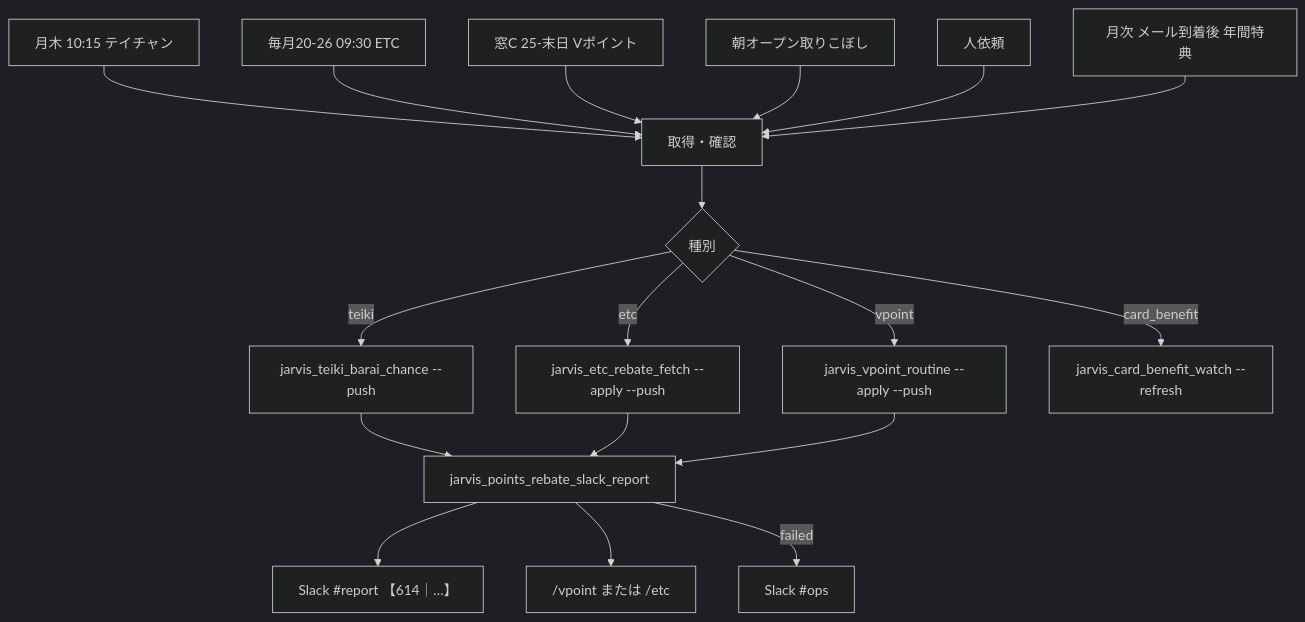
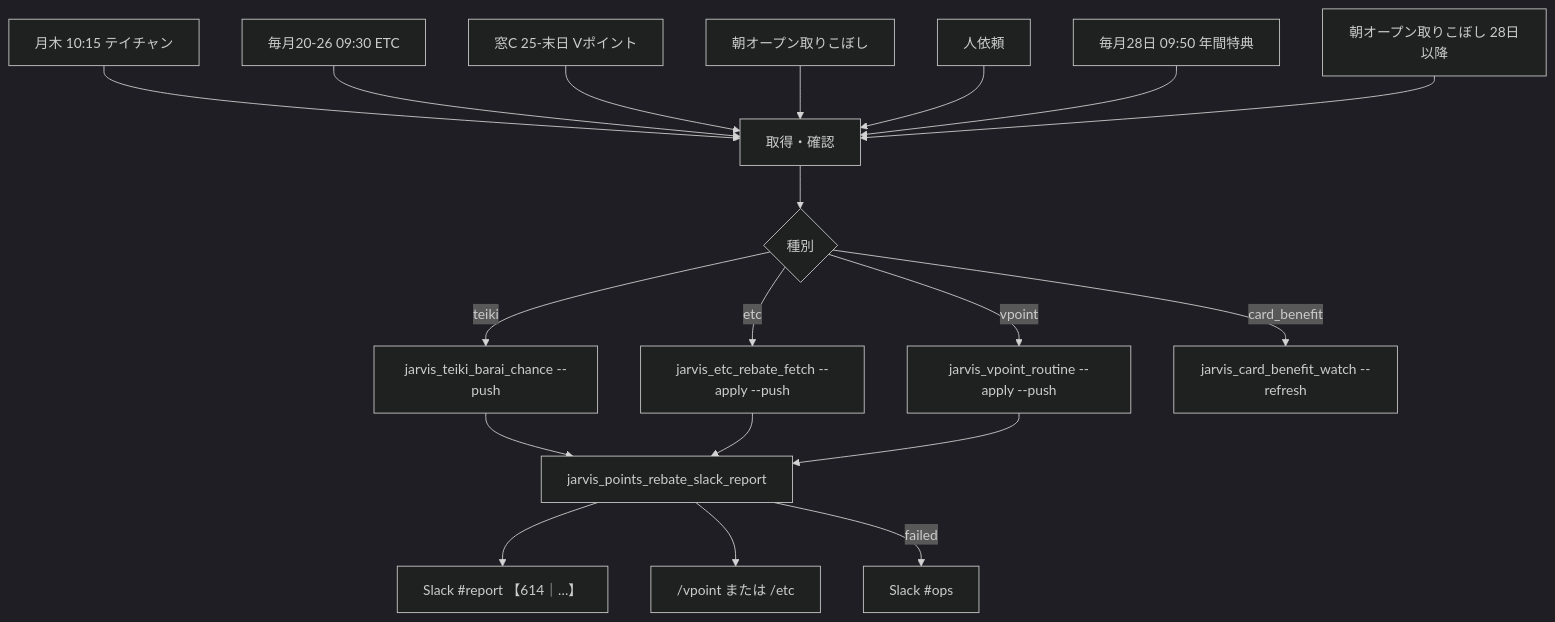
One commit to m19mhrts83-cyber/project-GE changed the diagram in docs/AIエージェントチーム/600_リソース・家計室/614_ポイント・還元ウォッチ係/flow.md. Above: the diagram before and after it, drawn with Mermaid (dark theme). The commit also changed other lines of this file and 9 other files, not shown here.

````diff
--- a/docs/AIエージェントチーム/600_リソース・家計室/614_ポイント・還元ウォッチ係/flow.md
+++ b/docs/AIエージェントチーム/600_リソース・家計室/614_ポイント・還元ウォッチ係/flow.md
@@ -21,20 +21,21 @@
 ```mermaid
 flowchart TD
   T1[月木 10:15 テイチャン] --> A[取得・確認]
   T2[毎月20-26 09:30 ETC] --> A
   T3[窓C 25-末日 Vポイント] --> A
   T4[朝オープン取りこぼし] --> A
   T5[人依頼] --> A
-  T6[月次 メール到着後 年間特典] --> A
+  T6[毎月28日 09:50 年間特典] --> A
+  T7[朝オープン取りこぼし 28日以降] --> A
   A --> B{種別}
   B -->|teiki| C1[jarvis_teiki_barai_chance --push]
   B -->|etc| C2[jarvis_etc_rebate_fetch --apply --push]
   B -->|vpoint| C3[jarvis_vpoint_routine --apply --push]
   B -->|card_benefit| C4[jarvis_card_benefit_watch --refresh]
   C1 --> D[jarvis_points_rebate_slack_report]
   C2 --> D
   C3 --> D
   D --> E["Slack #report 【614｜…】"]
   D --> F["/vpoint または /etc"]
   D -->|failed| G["Slack #ops"]
 ```
````
